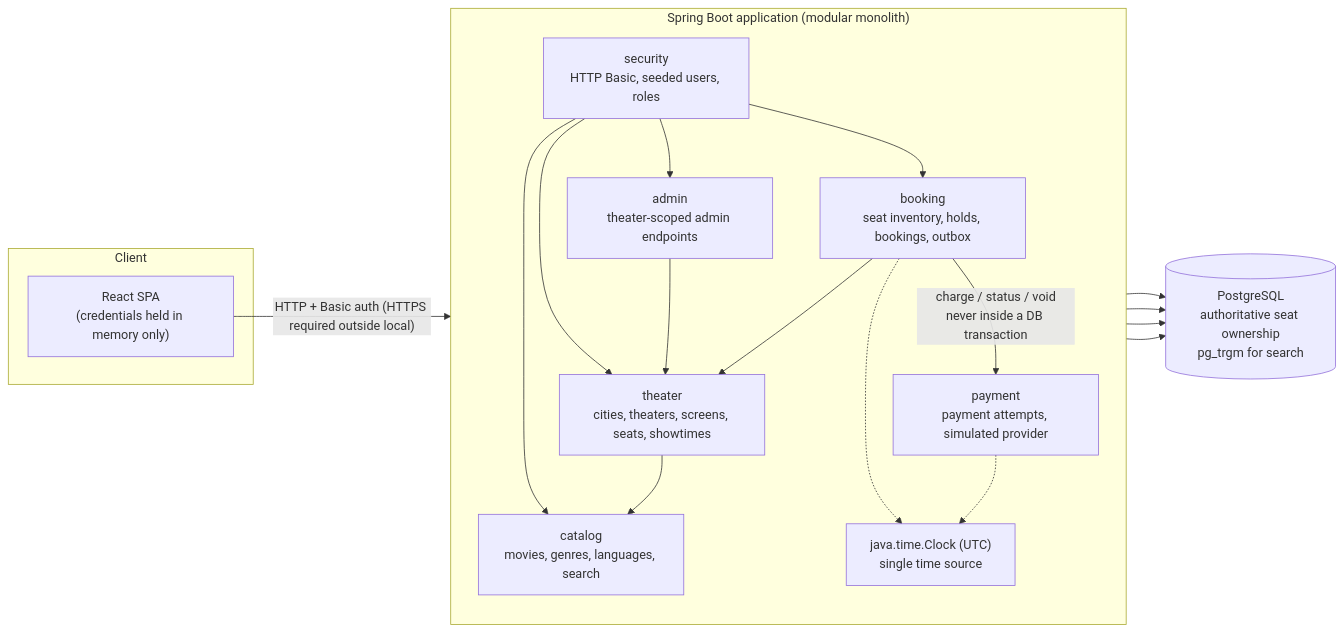
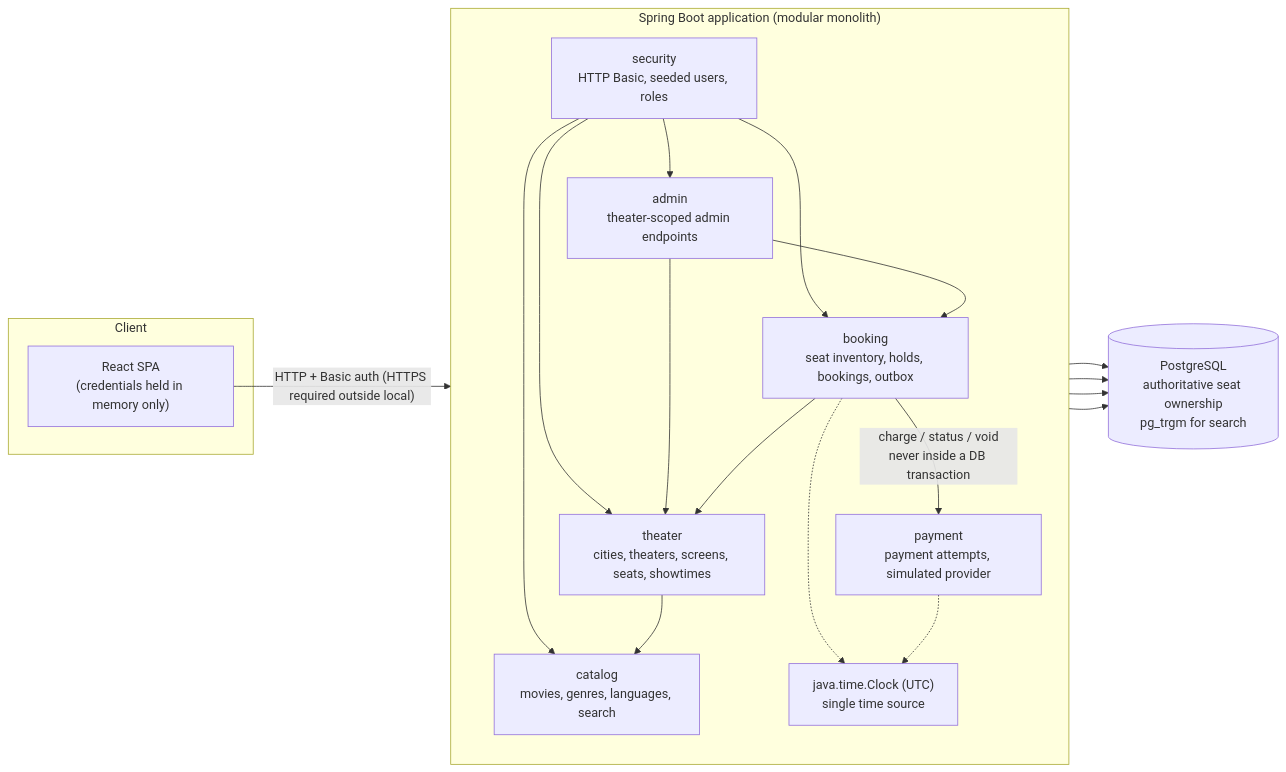
The first of 4 diagrams in docs/architecture.md (nikhilramakrishna3005/movie-ticket-booking-system), drawn with Mermaid before and after one commit. The commit also changed other lines of this file and 44 other files, not shown here.

````diff
--- a/docs/architecture.md
+++ b/docs/architecture.md
@@ -35,35 +35,36 @@
 ```mermaid
 flowchart LR
     subgraph Client
         UI["React SPA<br/>(credentials held in memory only)"]
     end
 
     subgraph App["Spring Boot application (modular monolith)"]
         direction TB
         SEC["security<br/>HTTP Basic, seeded users, roles"]
         CAT["catalog<br/>movies, genres, languages, search"]
         THE["theater<br/>cities, theaters, screens, seats, showtimes"]
         BOOK["booking<br/>seat inventory, holds, bookings, outbox"]
         PAY["payment<br/>payment attempts, simulated provider"]
         ADM["admin<br/>theater-scoped admin endpoints"]
         CLK["java.time.Clock (UTC)<br/>single time source"]
     end
 
     DB[("PostgreSQL<br/>authoritative seat ownership<br/>pg_trgm for search")]
 
     UI -->|"HTTP + Basic auth (HTTPS required outside local)"| SEC
     SEC --> CAT
     SEC --> THE
     SEC --> BOOK
     SEC --> ADM
     ADM --> THE
+    ADM --> BOOK
     THE --> CAT
     BOOK --> THE
     BOOK -->|"charge / status / void<br/>never inside a DB transaction"| PAY
     BOOK -.-> CLK
     PAY -.-> CLK
     CAT --> DB
     THE --> DB
     BOOK --> DB
     PAY --> DB
 ```
````
